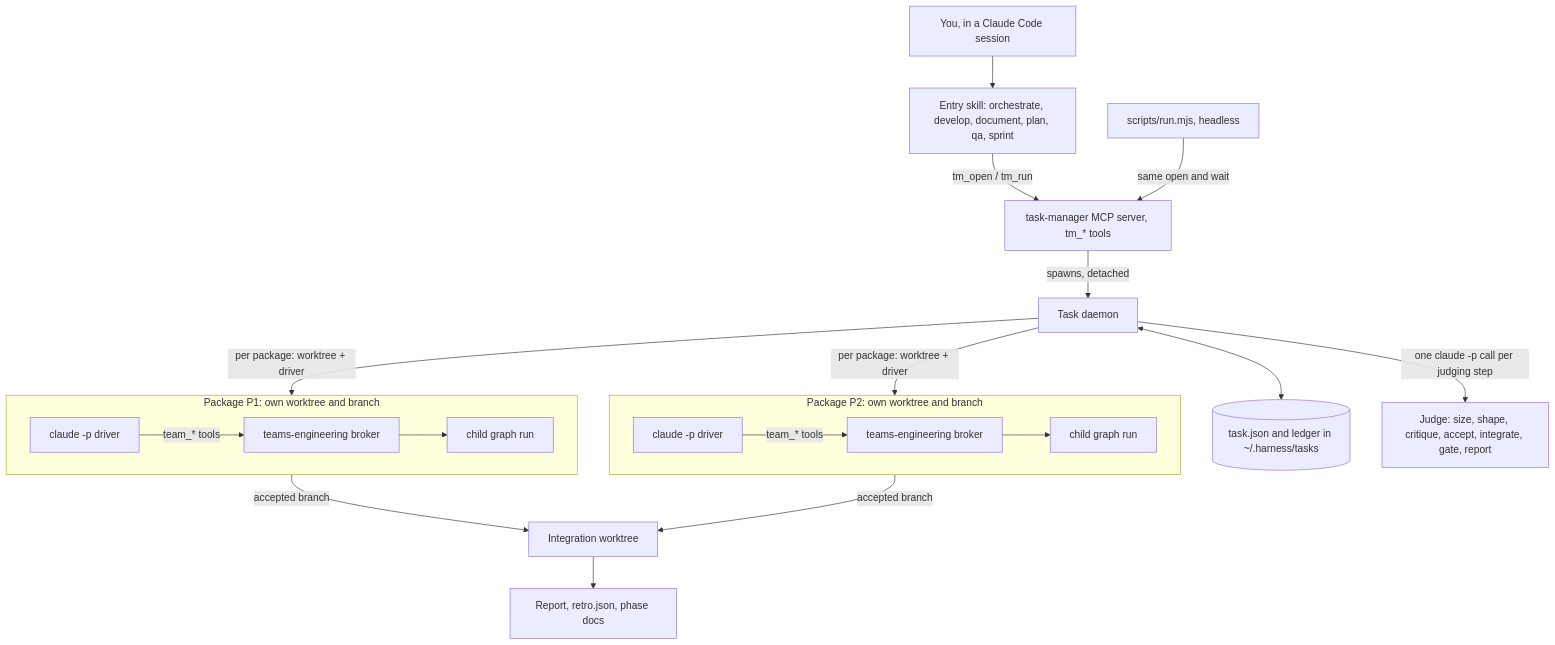
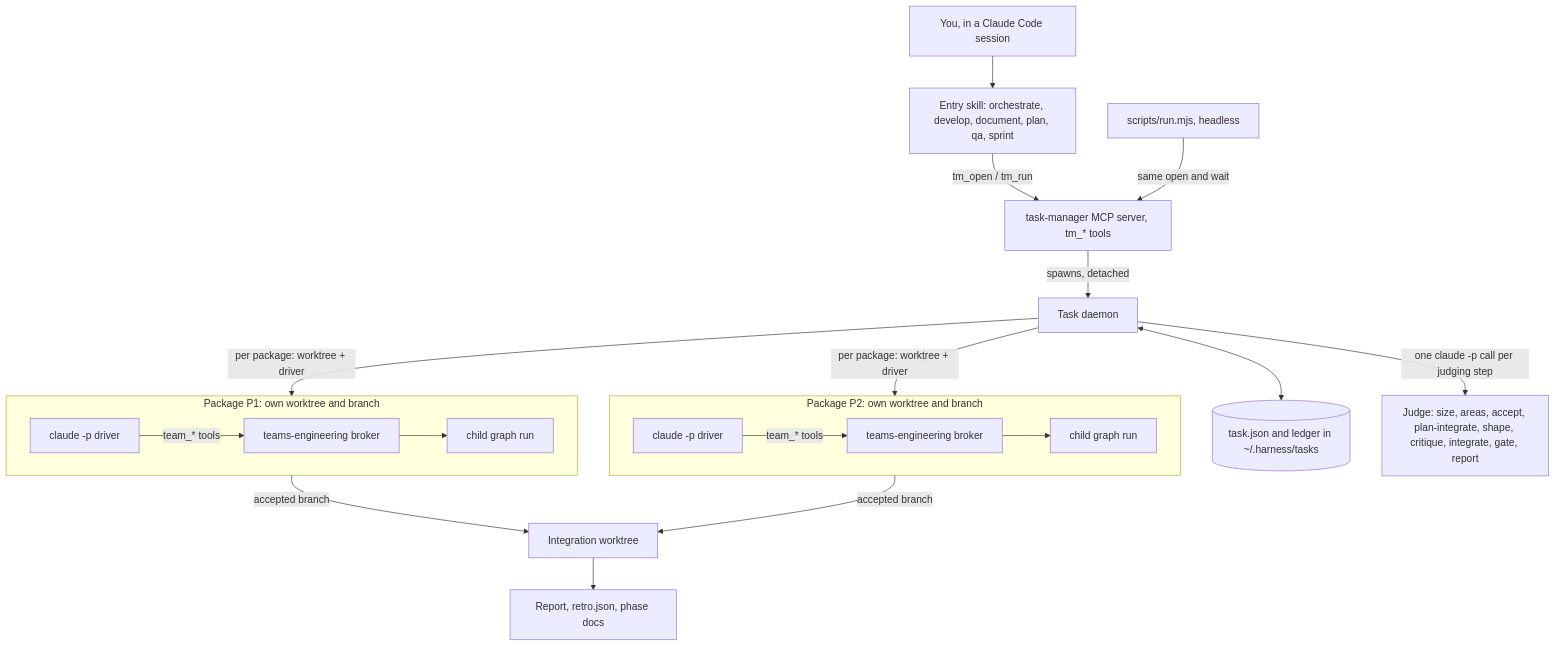
The first of 5 diagrams in teams/KOR.md (newkayak12/claude-skills), drawn with Mermaid before and after one commit. The commit also changed other lines of this file and 45 other files, not shown here.

First line of the commit message:
teams: planning and QA run on cards, one per feature area (cards-everywhere C2-C7)

````diff
--- a/teams/KOR.md
+++ b/teams/KOR.md
@@ -28,22 +29,22 @@
 ```mermaid
 flowchart TB
   U["You, in a Claude Code session"] --> SK["Entry skill: orchestrate, develop, document, plan, qa, sprint"]
   SK -->|"tm_open / tm_run"| TM["task-manager MCP server, tm_* tools"]
   CLI["scripts/run.mjs, headless"] -->|"same open and wait"| TM
   TM -->|"spawns, detached"| DM["Task daemon"]
   DM <--> TJ[("task.json and ledger in ~/.harness/tasks")]
-  DM -->|"one claude -p call per judging step"| J["Judge: size, shape, critique, accept, integrate, gate, report"]
+  DM -->|"one claude -p call per judging step"| J["Judge: size, areas, accept, plan-integrate, shape, critique, integrate, gate, report"]
   DM -->|"per package: worktree + driver"| P1
   DM -->|"per package: worktree + driver"| P2
   subgraph P1["Package P1: own worktree and branch"]
     D1["claude -p driver"] -->|"team_* tools"| B1["teams-engineering broker"]
     B1 --> R1["child graph run"]
   end
   subgraph P2["Package P2: own worktree and branch"]
     D2["claude -p driver"] -->|"team_* tools"| B2["teams-engineering broker"]
     B2 --> R2["child graph run"]
   end
   P1 -->|"accepted branch"| IT["Integration worktree"]
   P2 -->|"accepted branch"| IT
   IT --> RP["Report, retro.json, phase docs"]
 ```
````
